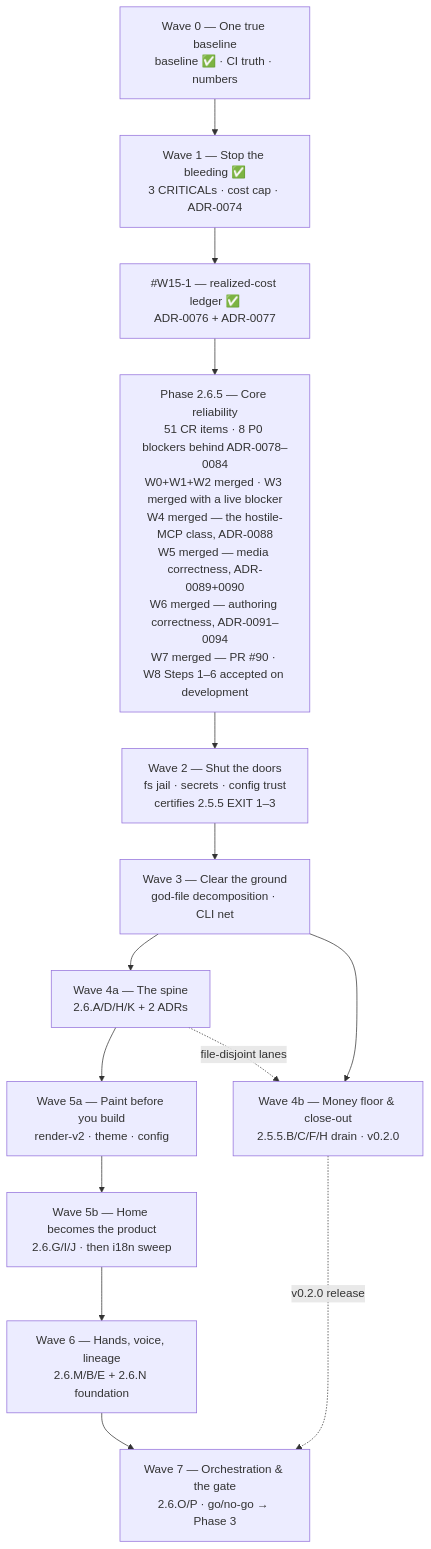
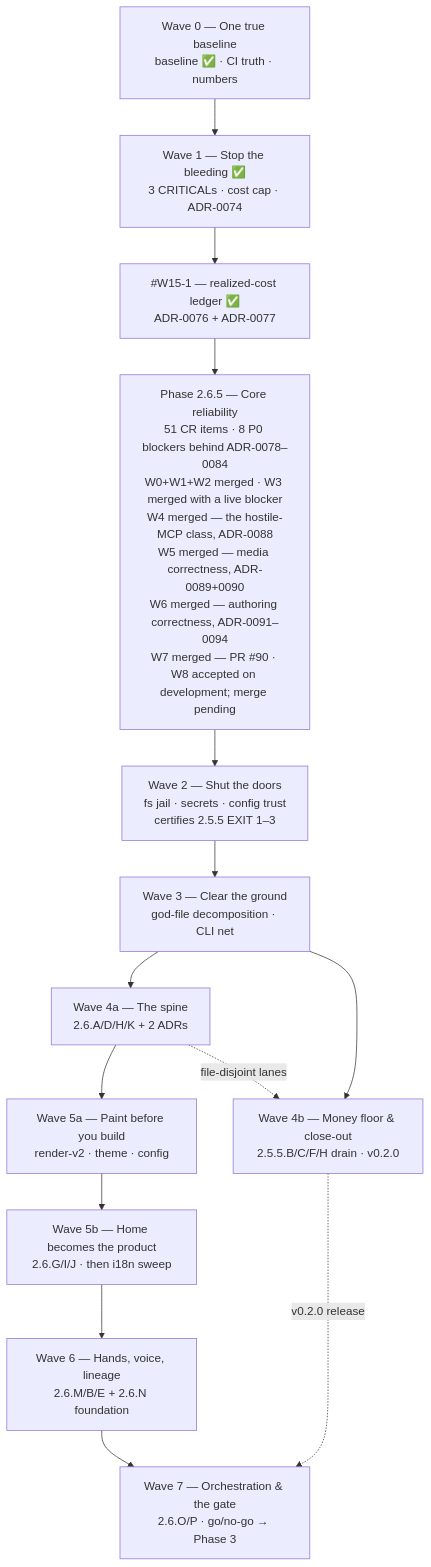
The diagram in docs/roadmap/current.md (HodeTech/Relavium), drawn with Mermaid before and after one commit. The commit also changed other lines of this file and 5 other files, not shown here.

````diff
--- a/docs/roadmap/current.md
+++ b/docs/roadmap/current.md
@@ -477,19 +471,19 @@
 ```mermaid
 flowchart TD
     W0["Wave 0 — One true baseline<br/>baseline ✅ · CI truth · numbers"]
     W1["Wave 1 — Stop the bleeding ✅<br/>3 CRITICALs · cost cap · ADR-0074"]
     LEDGER["#W15-1 — realized-cost ledger ✅<br/>ADR-0076 + ADR-0077"]
-    P265["Phase 2.6.5 — Core reliability<br/>51 CR items · 8 P0 blockers behind ADR-0078–0084<br/>W0+W1+W2 merged · W3 merged with a live blocker<br/>W4 merged — the hostile-MCP class, ADR-0088<br/>W5 merged — media correctness, ADR-0089+0090<br/>W6 merged — authoring correctness, ADR-0091–0094<br/>W7 merged — PR #90 · W8 Steps 1–6 accepted on development"]
+    P265["Phase 2.6.5 — Core reliability<br/>51 CR items · 8 P0 blockers behind ADR-0078–0084<br/>W0+W1+W2 merged · W3 merged with a live blocker<br/>W4 merged — the hostile-MCP class, ADR-0088<br/>W5 merged — media correctness, ADR-0089+0090<br/>W6 merged — authoring correctness, ADR-0091–0094<br/>W7 merged — PR #90 · W8 accepted on development; merge pending"]
     W2["Wave 2 — Shut the doors<br/>fs jail · secrets · config trust<br/>certifies 2.5.5 EXIT 1–3"]
     W3["Wave 3 — Clear the ground<br/>god-file decomposition · CLI net"]
     W4a["Wave 4a — The spine<br/>2.6.A/D/H/K + 2 ADRs"]
     W4b["Wave 4b — Money floor & close-out<br/>2.5.5.B/C/F/H drain · v0.2.0"]
     W5a["Wave 5a — Paint before you build<br/>render-v2 · theme · config"]
     W5b["Wave 5b — Home becomes the product<br/>2.6.G/I/J · then i18n sweep"]
     W6["Wave 6 — Hands, voice, lineage<br/>2.6.M/B/E + 2.6.N foundation"]
     W7["Wave 7 — Orchestration & the gate<br/>2.6.O/P · go/no-go → Phase 3"]
     W0 --> W1 --> LEDGER --> P265 --> W2 --> W3 --> W4a --> W5a --> W5b --> W6 --> W7
     W3 --> W4b
     W4b -.->|v0.2.0 release| W7
     W4a -.->|file-disjoint lanes| W4b
 ```
````
